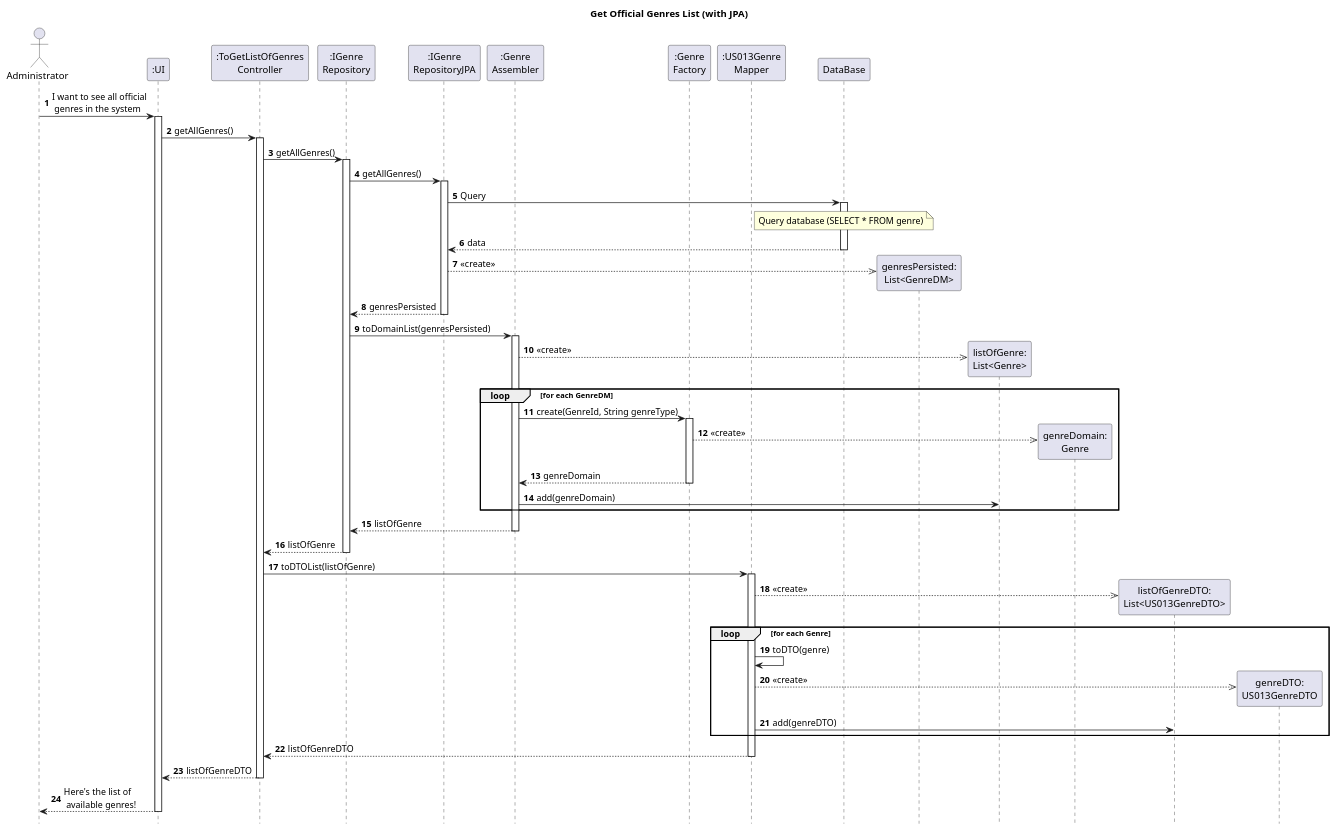
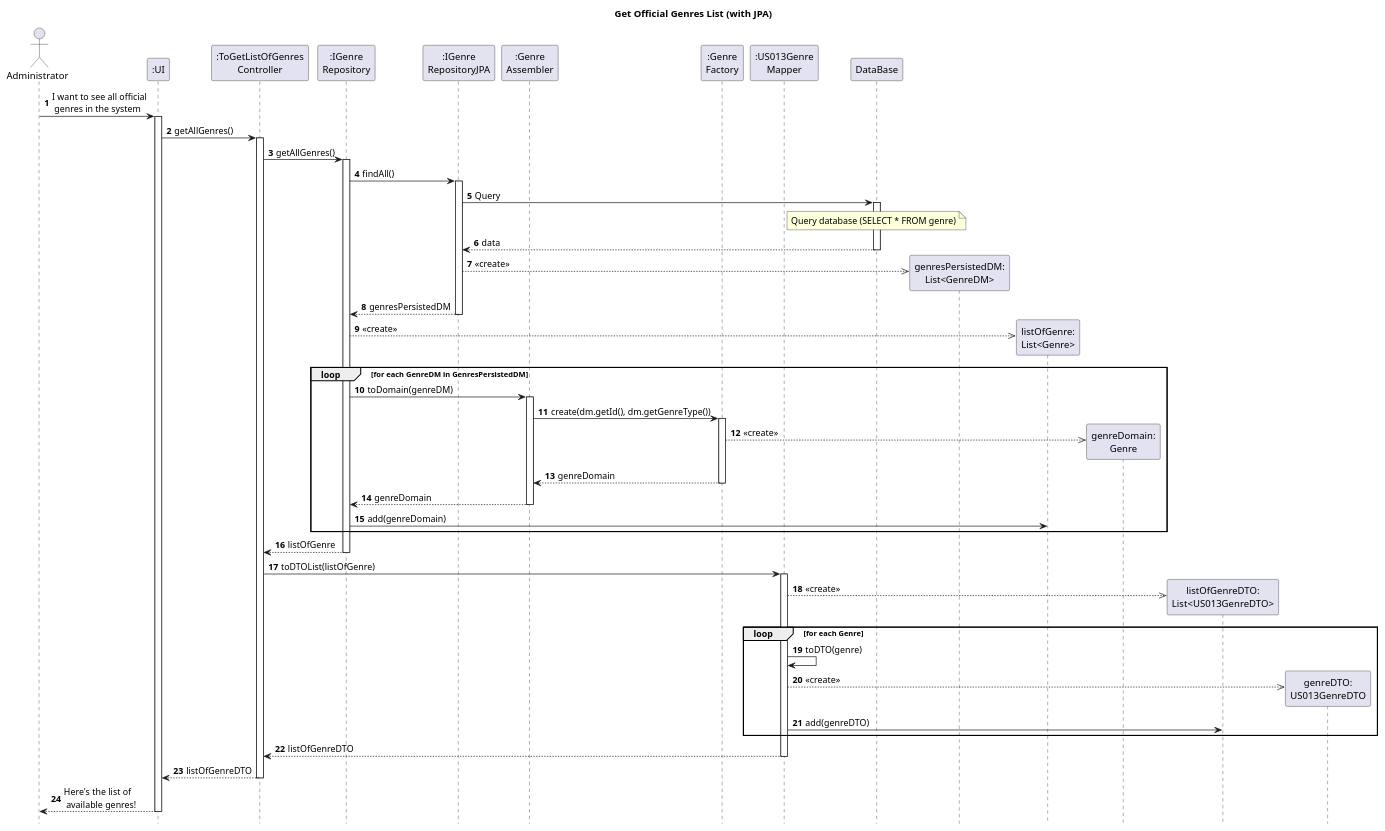
Before and after one commit to AndrePereiraGitH/SWitCH-Project-Team_A: the diagram in Diagrams/SequenceDiagrams/N2/To-get-official-genres-list.puml, drawn with PlantUML. The commit also changed 9 other files, not shown here.

Commit message:
refactor: integrate persistence layer to support fetching official genres list (#723)

```diff
--- a/Diagrams/SequenceDiagrams/N2/To-get-official-genres-list.puml
+++ b/Diagrams/SequenceDiagrams/N2/To-get-official-genres-list.puml
@@ -1,92 +1,92 @@
 @startuml
 autonumber
 hide footbox
 title Get Official Genres List (with JPA)
 
 actor Administrator as User
 
 participant ":UI" as UI
 participant ":ToGetListOfGenres\nController" as C
 participant ":IGenre\nRepository" as GR
 participant ":IGenre\nRepositoryJPA" as GRJPA
 participant ":Genre\nAssembler" as Assembler
 participant ":Genre\nFactory" as Factory
 participant ":US013Genre\nMapper" as MAPPER
 participant "DataBase" as EM
 
 User -> UI : I want to see all official\n genres in the system
 activate UI
 
 UI -> C : getAllGenres()
 activate C
 
 C -> GR : getAllGenres()
 activate GR
 
-GR -> GRJPA : getAllGenres()
+GR -> GRJPA : findAll()
 activate GRJPA
 
 GRJPA -> EM : Query
 activate EM
 
 note over EM
 Query database (SELECT * FROM genre)
 end note
 
 EM --> GRJPA : data
 deactivate EM
 
-create "genresPersisted:\nList<GenreDM>" as genresPersisted
+create "genresPersistedDM:\nList<GenreDM>" as genresPersisted
 GRJPA -->> genresPersisted : <<create>>
 
-GRJPA --> GR : genresPersisted
+GRJPA --> GR : genresPersistedDM
 deactivate GRJPA
 
-GR -> Assembler : toDomainList(genresPersisted)
-activate Assembler
+create "listOfGenre:\nList<Genre>" as listDomain
+GR -->> listDomain : <<create>>
 
-create "listOfGenre:\nList<Genre>" as listDomain
-Assembler -->> listDomain : <<create>>
+loop for each GenreDM in GenresPersistedDM
+    GR -> Assembler : toDomain(genreDM)
+    activate Assembler
 
-loop for each GenreDM
-    Assembler -> Factory : create(GenreId, String genreType)
+    Assembler -> Factory : create(dm.getId(), dm.getGenreType())
     activate Factory
 
     create "genreDomain:\nGenre" as genreDomain
     Factory -->> genreDomain : <<create>>
 
     Factory --> Assembler : genreDomain
     deactivate Factory
 
-    Assembler -> listDomain : add(genreDomain)
+    Assembler --> GR : genreDomain
+    deactivate Assembler
+
+    GR -> listDomain : add(genreDomain)
 end
-
-Assembler --> GR : listOfGenre
-deactivate Assembler
 
 GR --> C : listOfGenre
 deactivate GR
 
 C -> MAPPER : toDTOList(listOfGenre)
 activate MAPPER
 
 create "listOfGenreDTO:\nList<US013GenreDTO>" as listDTO
 MAPPER -->> listDTO : <<create>>
 
 loop for each Genre
     MAPPER -> MAPPER : toDTO(genre)
     create "genreDTO:\nUS013GenreDTO" as genreDTO
     MAPPER -->> genreDTO : <<create>>
     MAPPER -> listDTO : add(genreDTO)
 end
 
 MAPPER --> C : listOfGenreDTO
 deactivate MAPPER
 
 C --> UI : listOfGenreDTO
 deactivate C
 
 UI --> User : Here's the list of\n available genres!
 deactivate UI
 
 @enduml
```
